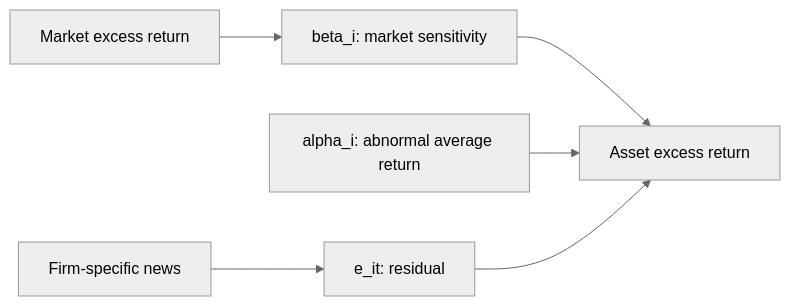
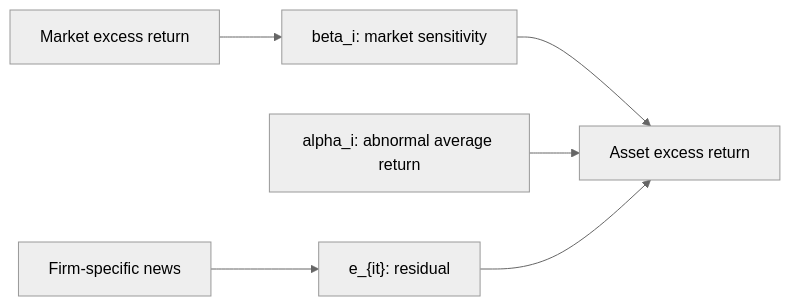
One commit to akshatporwal002/Akshat-Notes changed the second of 2 diagrams in etc/chatnotes/Week_05_Asset_Pricing_Models.md. Above: the diagram before and after it, drawn with Mermaid (neutral theme). The commit also changed other lines of this file and 60 other files, not shown here.

````diff
--- a/etc/chatnotes/Week_05_Asset_Pricing_Models.md
+++ b/etc/chatnotes/Week_05_Asset_Pricing_Models.md
@@ -114,8 +114,8 @@
 ```mermaid
 flowchart LR
     mkt["Market excess return"] --> beta["beta_i: market sensitivity"]
     beta --> asset["Asset excess return"]
     alpha["alpha_i: abnormal average return"] --> asset
-    news["Firm-specific news"] --> resid["e_it: residual"]
+    news["Firm-specific news"] --> resid["e_{it}: residual"]
     resid --> asset
 ```
````
